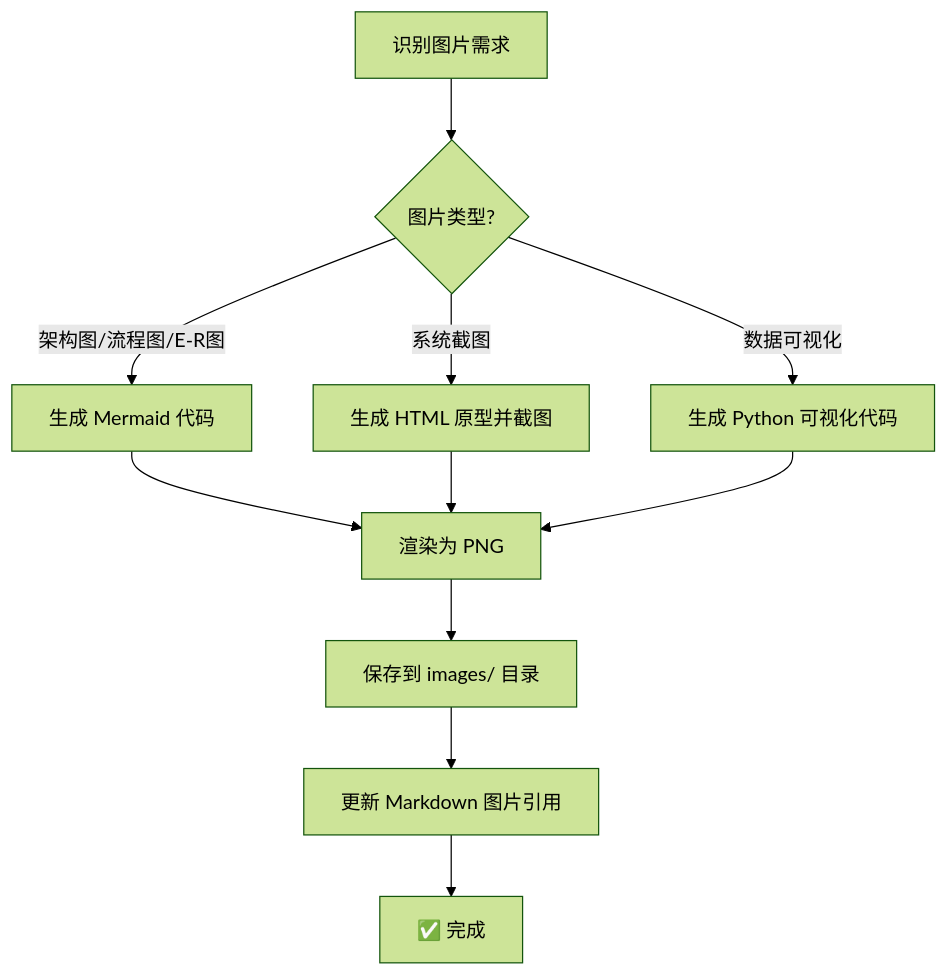
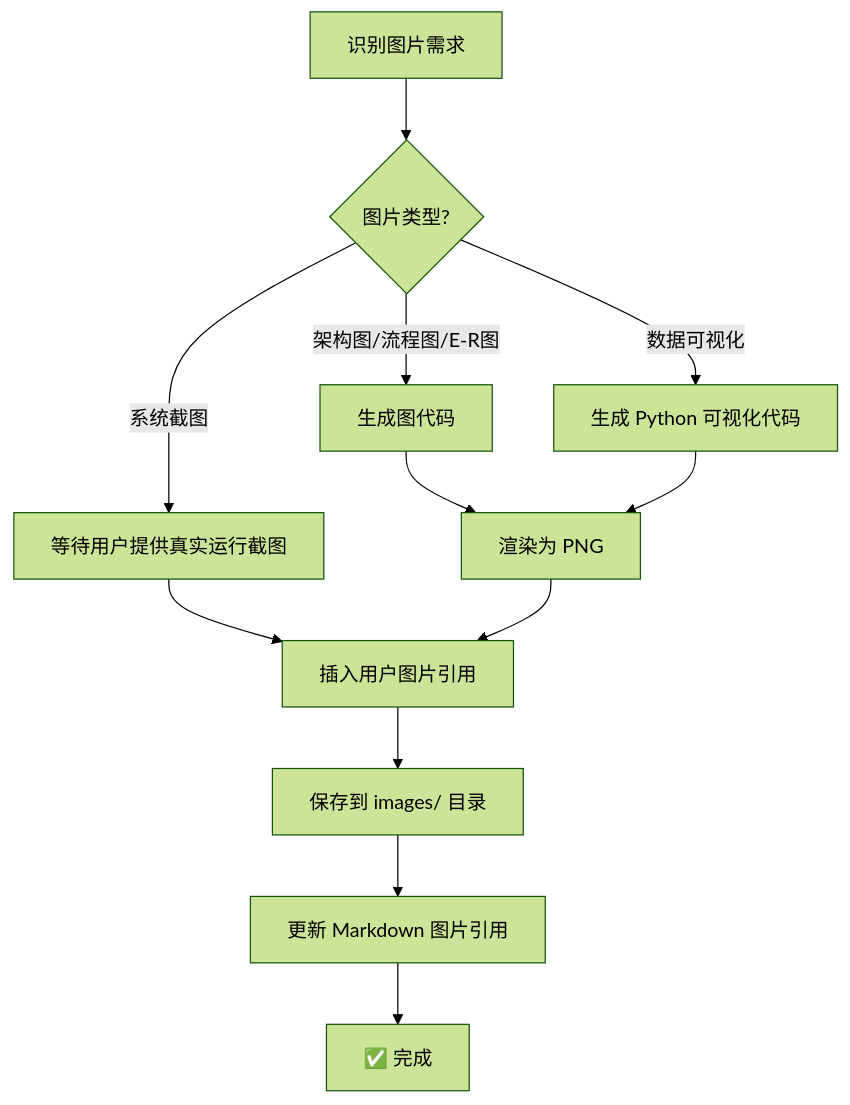
The diagram in prompts/image_generation.md (Stars-OC/thesis-creator), drawn with Mermaid (forest theme) before and after one commit. The commit also changed other lines of this file and 48 other files, not shown here.

Commit message:
教科书ER图生成

````diff
--- a/prompts/image_generation.md
+++ b/prompts/image_generation.md
@@ -135,13 +174,14 @@
 ```mermaid
 flowchart TD
     A[识别图片需求] --> B{图片类型?}
-    B -->|架构图/流程图/E-R图| C[生成 Mermaid 代码]
-    B -->|系统截图| D[生成 HTML 原型并截图]
+    B -->|架构图/流程图/E-R图| C[生成图代码]
+    B -->|系统截图| D[等待用户提供真实运行截图]
     B -->|数据可视化| E[生成 Python 可视化代码]
     C --> F[渲染为 PNG]
-    D --> F
+    D --> G[插入用户图片引用]
     E --> F
-    F --> G[保存到 images/ 目录]
-    G --> H[更新 Markdown 图片引用]
-    H --> I[✅ 完成]
+    F --> G
+    G --> H[保存到 images/ 目录]
+    H --> I[更新 Markdown 图片引用]
+    I --> J[✅ 完成]
 ```
````
